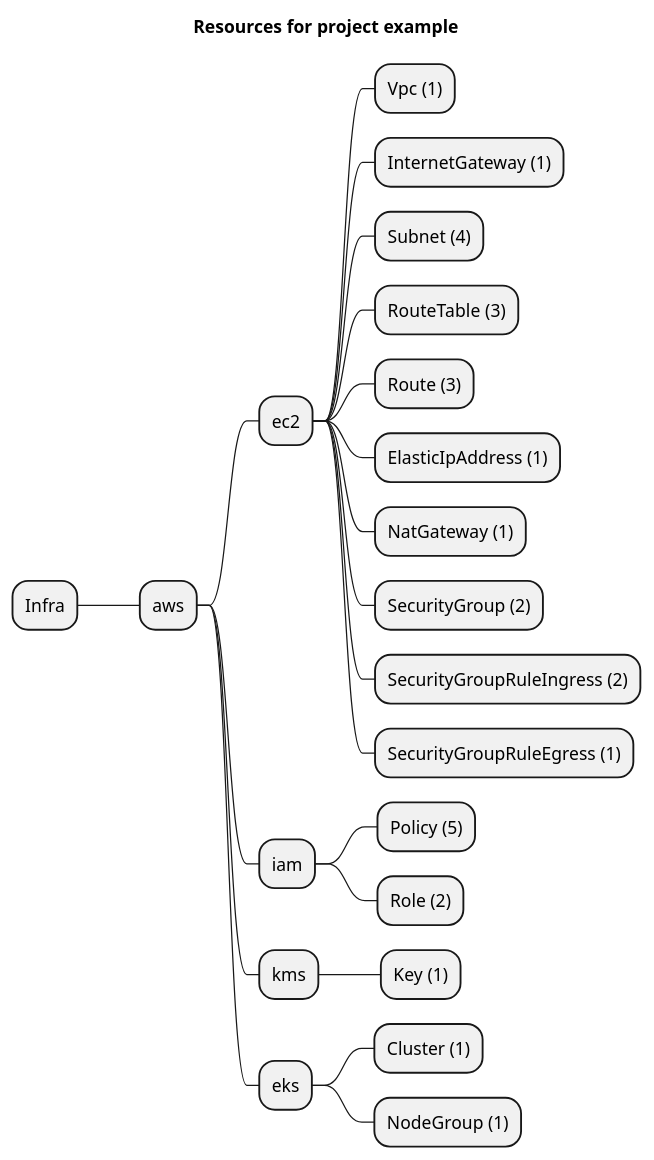
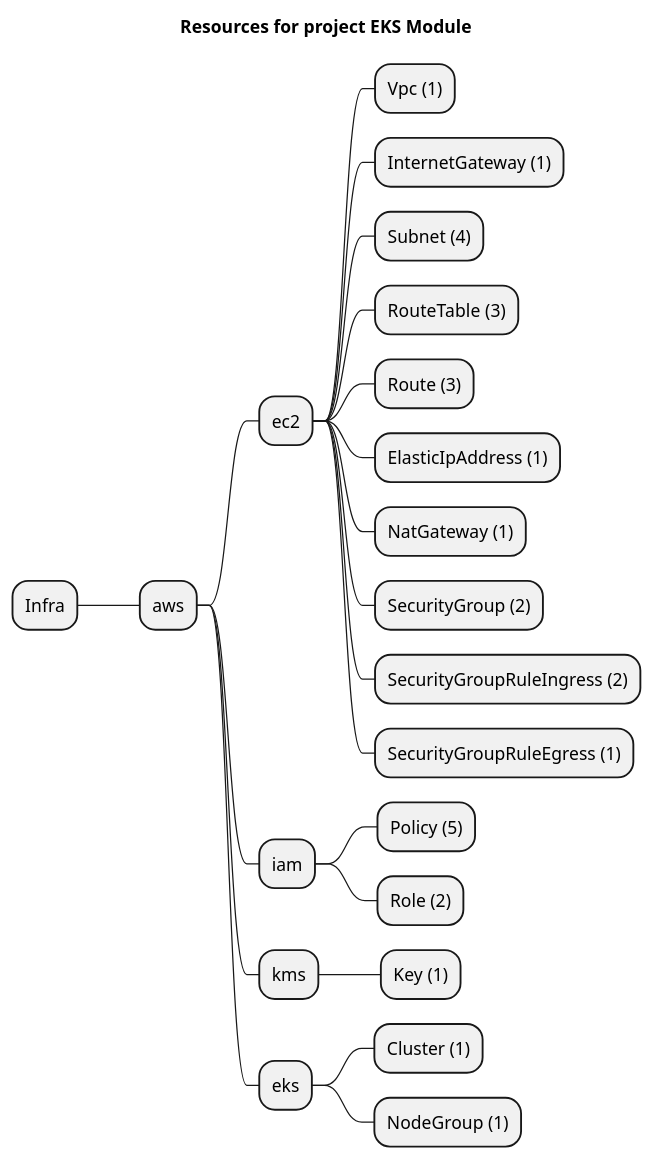
Before and after one commit to grucloud/grucloud: the diagram in packages/modules/aws/eks/example/artifacts/resources-mindmap.puml, drawn with PlantUML. The commit also changed 36 other files, not shown here.

```diff
--- a/packages/modules/aws/eks/example/artifacts/resources-mindmap.puml
+++ b/packages/modules/aws/eks/example/artifacts/resources-mindmap.puml
@@ -1,25 +1,25 @@
 @startmindmap
-title Resources for project example
+title Resources for project EKS Module
 skinparam monochrome true
 + Infra
 ++ aws
 +++ ec2
 ++++ Vpc (1)
 ++++ InternetGateway (1)
 ++++ Subnet (4)
 ++++ RouteTable (3)
 ++++ Route (3)
 ++++ ElasticIpAddress (1)
 ++++ NatGateway (1)
 ++++ SecurityGroup (2)
 ++++ SecurityGroupRuleIngress (2)
 ++++ SecurityGroupRuleEgress (1)
 +++ iam
 ++++ Policy (5)
 ++++ Role (2)
 +++ kms
 ++++ Key (1)
 +++ eks
 ++++ Cluster (1)
 ++++ NodeGroup (1)
 @endmindmap
```
